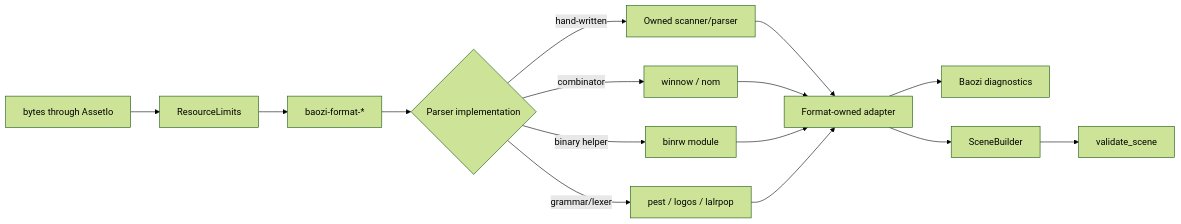
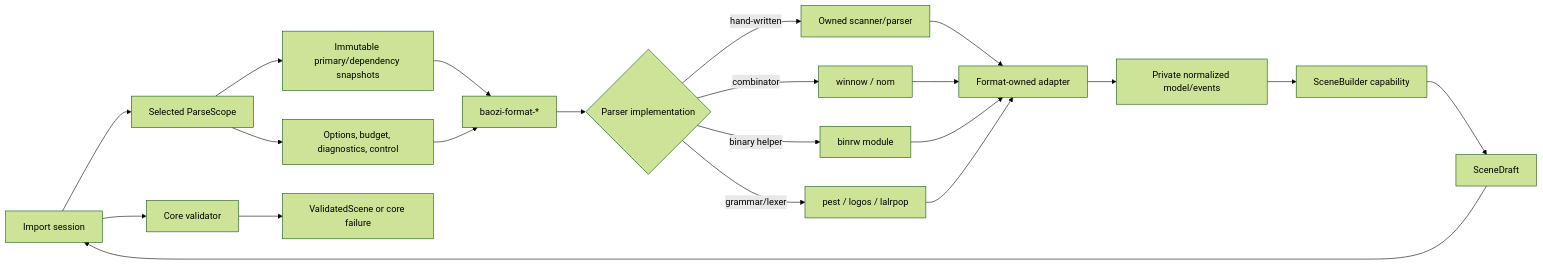
Before and after one commit to Latias94/baozi: the first of 2 diagrams in docs/adr/0018-parser-tooling-and-format-owned-parser-policy.md, drawn with Mermaid (forest theme). The commit also changed other lines of this file and 86 other files, not shown here.

First line of the commit message:
feat(architecture): establish canonical contract authority

````diff
--- a/docs/adr/0018-parser-tooling-and-format-owned-parser-policy.md
+++ b/docs/adr/0018-parser-tooling-and-format-owned-parser-policy.md
@@ -73,17 +83,23 @@
 ```mermaid
 flowchart LR
-    Input[bytes through AssetIo] --> Limits[ResourceLimits]
-    Limits --> FormatCrate[baozi-format-*]
+    Session[Import session] --> Scope[Selected ParseScope]
+    Scope --> Input[Immutable primary/dependency snapshots]
+    Scope --> Capabilities[Options, budget, diagnostics, control]
+    Input --> FormatCrate[baozi-format-*]
+    Capabilities --> FormatCrate
     FormatCrate --> Tool{Parser implementation}
     Tool -->|hand-written| Owned[Owned scanner/parser]
     Tool -->|combinator| Combinator[winnow / nom]
     Tool -->|binary helper| Binary[binrw module]
     Tool -->|grammar/lexer| Generated[pest / logos / lalrpop]
     Owned --> Adapter[Format-owned adapter]
     Combinator --> Adapter
     Binary --> Adapter
     Generated --> Adapter
-    Adapter --> Diagnostics[Baozi diagnostics]
-    Adapter --> Builder[SceneBuilder]
-    Builder --> Validator[validate_scene]
+    Adapter --> Normalized[Private normalized model/events]
+    Normalized --> Builder[SceneBuilder capability]
+    Builder --> Draft[SceneDraft]
+    Draft --> Session
+    Session --> Validator[Core validator]
+    Validator --> Validated[ValidatedScene or core failure]
 ```
````
